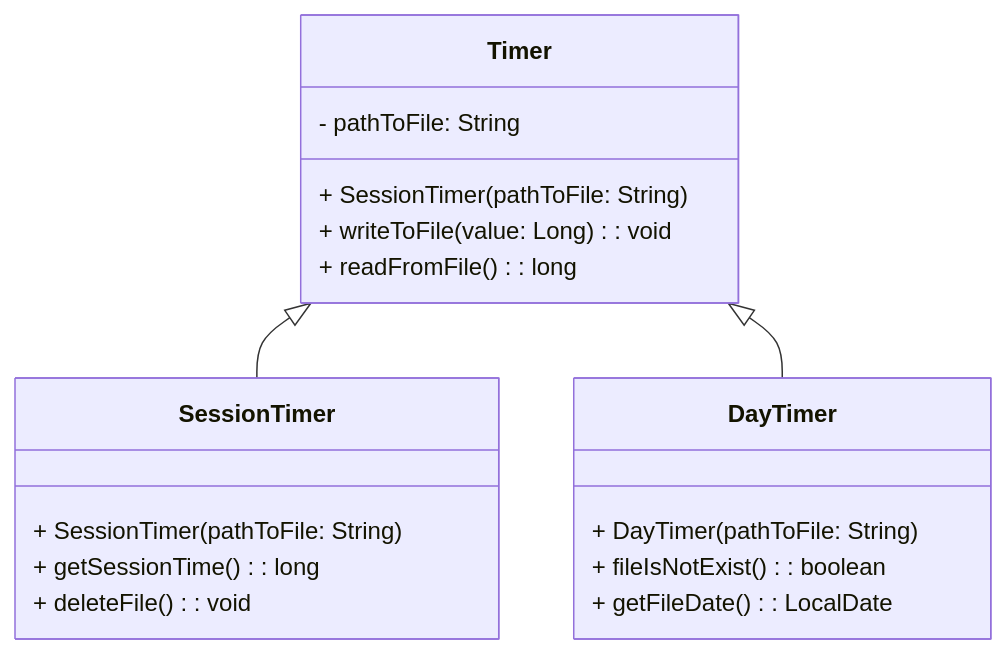
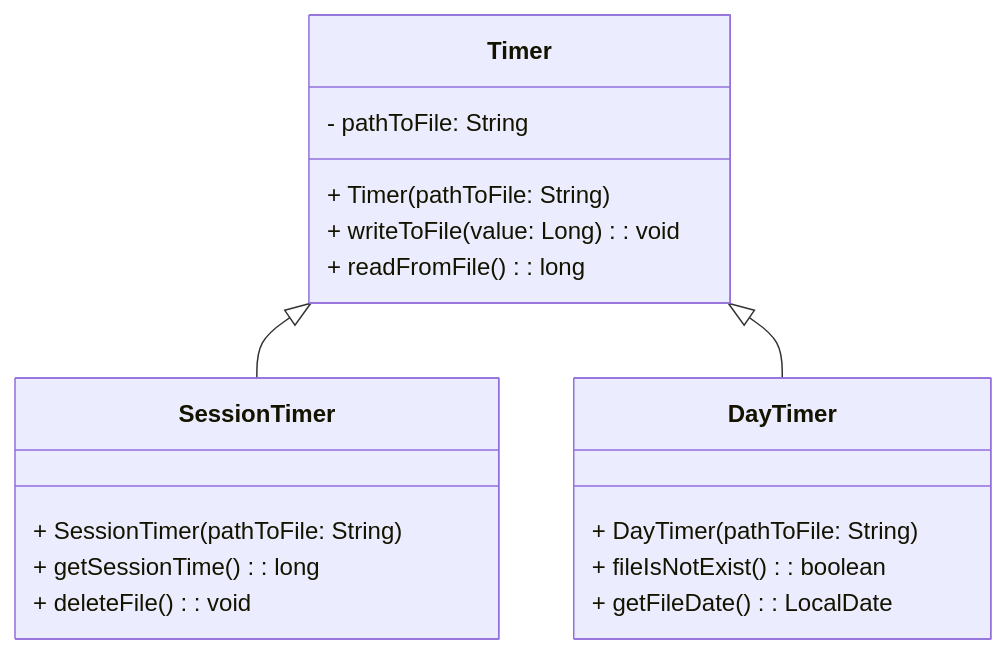
Before and after one commit to AlexandrAnatoliev/jvim-plugins: the first of 4 diagrams in jvim-timer/README.md, drawn with Mermaid. The commit also changed other lines of this file, not shown here.

Commit message:
fix(README): change uml diagramm

````diff
--- a/jvim-timer/README.md
+++ b/jvim-timer/README.md
@@ -134,25 +134,25 @@
 ```mermaid
 classDiagram
   
   class Timer {
     - pathToFile: String
-    + SessionTimer(pathToFile: String)
+    + Timer(pathToFile: String)
     + writeToFile(value: Long): void
     + readFromFile(): long
   }
 
   class SessionTimer {
     + SessionTimer(pathToFile: String)
     + getSessionTime(): long
     + deleteFile(): void
   }
 
   class DayTimer {
     + DayTimer(pathToFile: String)
     + fileIsNotExist(): boolean
     + getFileDate(): LocalDate
   }
 
   Timer <|-- SessionTimer  
   Timer <|-- DayTimer
 ```
````
